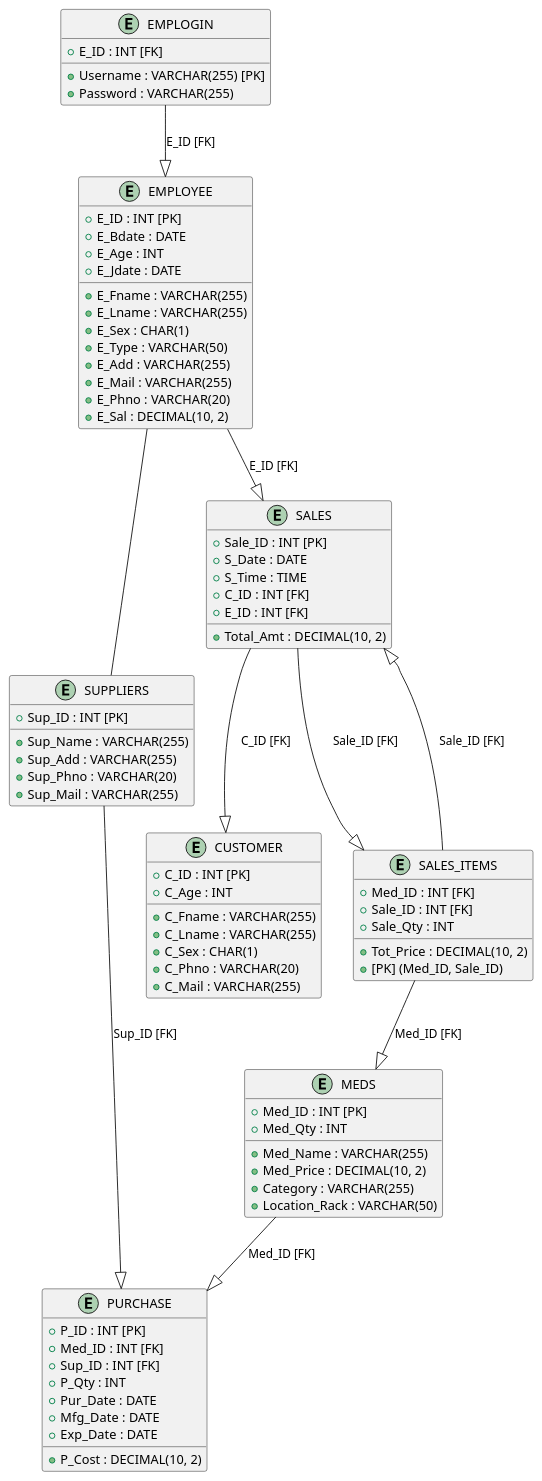
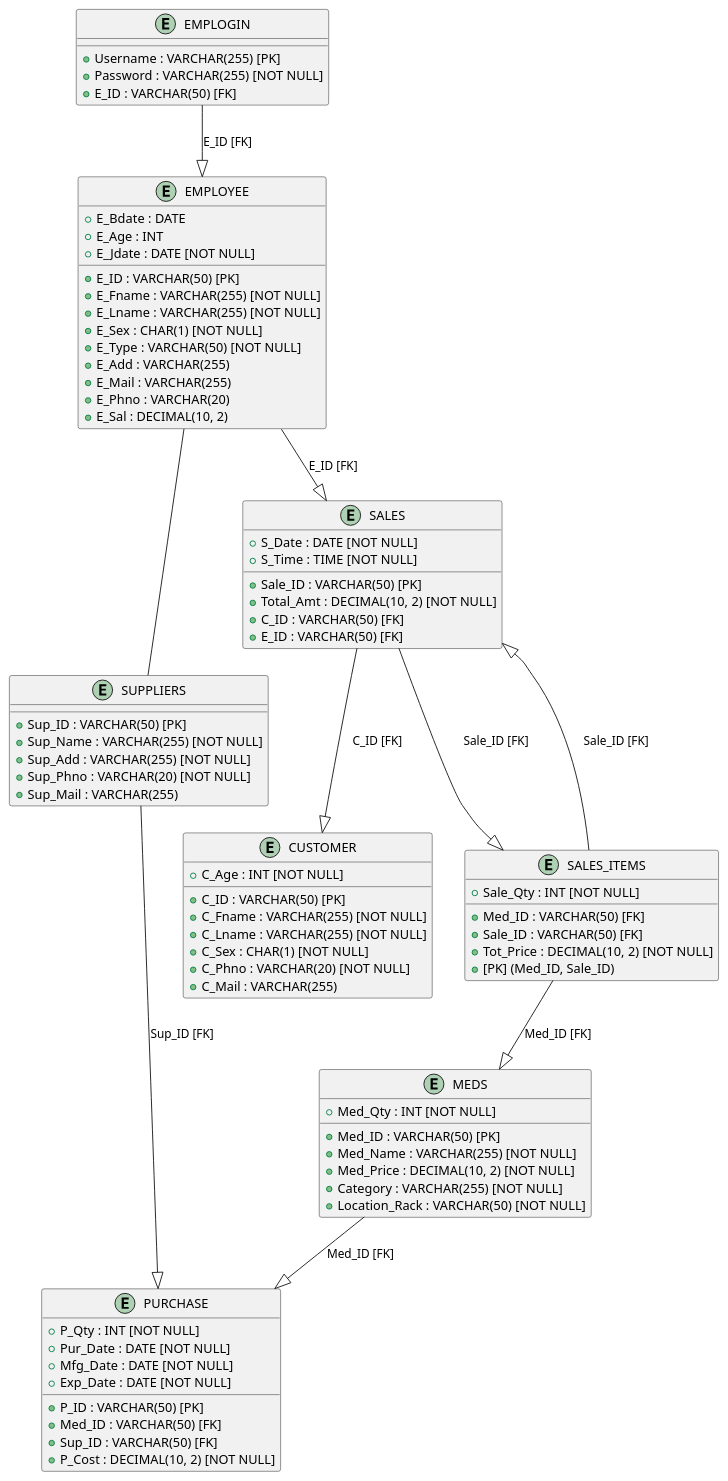
The diagram in design/RDM.puml (viettq1997/pharmacy-system), drawn with PlantUML before and after one commit. The commit also changed 1 other file, not shown here.

```diff
--- a/design/RDM.puml
+++ b/design/RDM.puml
@@ -1,87 +1,87 @@
 @startuml
 entity "EMPLOGIN" as EmpLogin {
   + Username : VARCHAR(255) [PK]
-  + Password : VARCHAR(255)
-  + E_ID : INT [FK]
+  + Password : VARCHAR(255) [NOT NULL]
+  + E_ID : VARCHAR(50) [FK]
 }
 
 entity "EMPLOYEE" as Employee {
-  + E_ID : INT [PK]
-  + E_Fname : VARCHAR(255)
-  + E_Lname : VARCHAR(255)
+  + E_ID : VARCHAR(50) [PK]
+  + E_Fname : VARCHAR(255) [NOT NULL]
+  + E_Lname : VARCHAR(255) [NOT NULL]
   + E_Bdate : DATE
   + E_Age : INT
-  + E_Sex : CHAR(1)
-  + E_Type : VARCHAR(50)
-  + E_Jdate : DATE
+  + E_Sex : CHAR(1) [NOT NULL]
+  + E_Type : VARCHAR(50) [NOT NULL]
+  + E_Jdate : DATE [NOT NULL]
   + E_Add : VARCHAR(255)
   + E_Mail : VARCHAR(255)
   + E_Phno : VARCHAR(20)
   + E_Sal : DECIMAL(10, 2)
 }
 
 entity "SUPPLIERS" as Suppliers {
-  + Sup_ID : INT [PK]
-  + Sup_Name : VARCHAR(255)
-  + Sup_Add : VARCHAR(255)
-  + Sup_Phno : VARCHAR(20)
+  + Sup_ID : VARCHAR(50) [PK]
+  + Sup_Name : VARCHAR(255) [NOT NULL]
+  + Sup_Add : VARCHAR(255) [NOT NULL]
+  + Sup_Phno : VARCHAR(20) [NOT NULL]
   + Sup_Mail : VARCHAR(255)
 }
 
 entity "CUSTOMER" as Customer {
-  + C_ID : INT [PK]
-  + C_Fname : VARCHAR(255)
-  + C_Lname : VARCHAR(255)
-  + C_Age : INT
-  + C_Sex : CHAR(1)
-  + C_Phno : VARCHAR(20)
+  + C_ID : VARCHAR(50) [PK]
+  + C_Fname : VARCHAR(255) [NOT NULL]
+  + C_Lname : VARCHAR(255) [NOT NULL]
+  + C_Age : INT [NOT NULL]
+  + C_Sex : CHAR(1) [NOT NULL]
+  + C_Phno : VARCHAR(20) [NOT NULL]
   + C_Mail : VARCHAR(255)
 }
 
 entity "MEDS" as Meds {
-  + Med_ID : INT [PK]
-  + Med_Name : VARCHAR(255)
-  + Med_Qty : INT
-  + Med_Price : DECIMAL(10, 2)
-  + Category : VARCHAR(255)
-  + Location_Rack : VARCHAR(50)
+  + Med_ID : VARCHAR(50) [PK]
+  + Med_Name : VARCHAR(255) [NOT NULL]
+  + Med_Qty : INT [NOT NULL]
+  + Med_Price : DECIMAL(10, 2) [NOT NULL]
+  + Category : VARCHAR(255) [NOT NULL]
+  + Location_Rack : VARCHAR(50) [NOT NULL]
 }
 
 entity "PURCHASE" as Purchase {
-  + P_ID : INT [PK]
-  + Med_ID : INT [FK]
-  + Sup_ID : INT [FK]
-  + P_Qty : INT
-  + P_Cost : DECIMAL(10, 2)
-  + Pur_Date : DATE
-  + Mfg_Date : DATE
-  + Exp_Date : DATE
+  + P_ID : VARCHAR(50) [PK]
+  + Med_ID : VARCHAR(50) [FK]
+  + Sup_ID : VARCHAR(50) [FK]
+  + P_Qty : INT [NOT NULL]
+  + P_Cost : DECIMAL(10, 2) [NOT NULL]
+  + Pur_Date : DATE [NOT NULL]
+  + Mfg_Date : DATE [NOT NULL]
+  + Exp_Date : DATE [NOT NULL]
 }
 
 entity "SALES" as Sales {
-  + Sale_ID : INT [PK]
-  + S_Date : DATE
-  + S_Time : TIME
-  + Total_Amt : DECIMAL(10, 2)
-  + C_ID : INT [FK]
-  + E_ID : INT [FK]
+  + Sale_ID : VARCHAR(50) [PK]
+  + S_Date : DATE [NOT NULL]
+  + S_Time : TIME [NOT NULL]
+  + Total_Amt : DECIMAL(10, 2) [NOT NULL]
+  + C_ID : VARCHAR(50) [FK]
+  + E_ID : VARCHAR(50) [FK]
 }
 
 entity "SALES_ITEMS" as SalesItems {
-  + Med_ID : INT [FK]
-  + Sale_ID : INT [FK]
-  + Sale_Qty : INT
-  + Tot_Price : DECIMAL(10, 2)
+  + Med_ID : VARCHAR(50) [FK]
+  + Sale_ID : VARCHAR(50) [FK]
+  + Sale_Qty : INT [NOT NULL]
+  + Tot_Price : DECIMAL(10, 2) [NOT NULL]
   + [PK] (Med_ID, Sale_ID)
 }
 
 EmpLogin --|> Employee : E_ID [FK]
 Employee --|> Sales : E_ID [FK]
 Employee -- Suppliers
 Sales --|> SalesItems : Sale_ID [FK]
 SalesItems --|> Meds : Med_ID [FK]
 SalesItems --|> Sales : Sale_ID [FK]
 Meds --|> Purchase : Med_ID [FK]
 Suppliers --|> Purchase : Sup_ID [FK]
 Sales --|> Customer : C_ID [FK]
 @enduml
```
